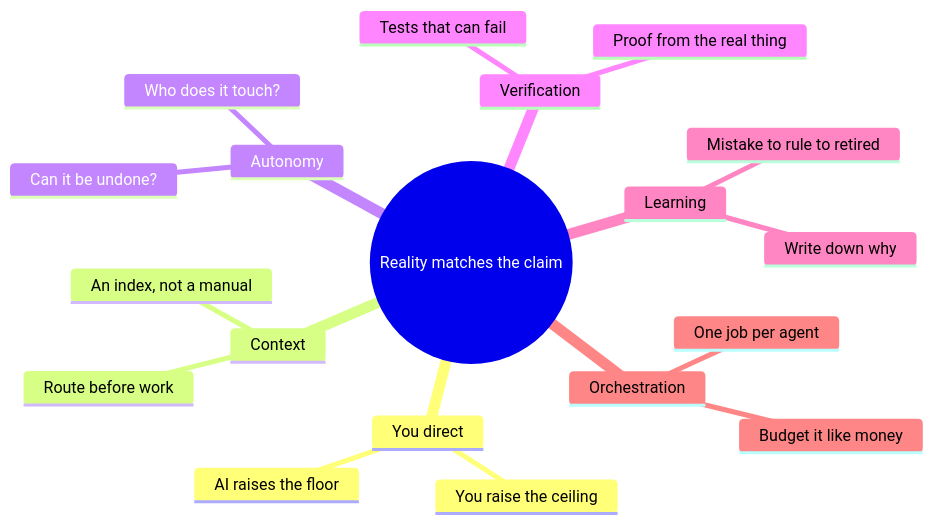
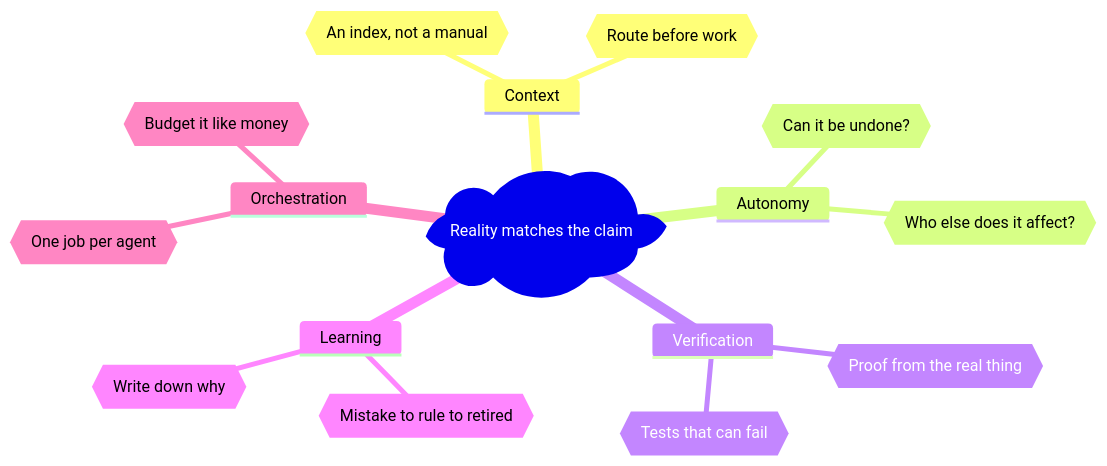
One commit to Laticent/lattice changed the fifth of 5 diagrams in engineering/decisions/2026-09-24-agentic-practice-audit/agentic-engineering-practices.md. Above: the diagram before and after it, drawn with Mermaid. The commit also changed other lines of this file and 2 other files, not shown here.

Commit message:
docs(audit): cloud root and hexagon leaves on the big-picture map
Give the root a cloud and the leaves hexagons, keep five branches so
each gets its own color, and reword "who it touches" as "who else it
affects". Log the two mindmap color gaps found on the way.

Claude-Session: https://claude.ai/code/session_019ye9tgjAP7U7kqLhcDX7pi

````diff
--- a/engineering/decisions/2026-09-24-agentic-practice-audit/agentic-engineering-practices.md
+++ b/engineering/decisions/2026-09-24-agentic-practice-audit/agentic-engineering-practices.md
@@ -875,22 +875,19 @@
 ```mermaid
 mindmap
-  root((Reality matches the claim))
-    You direct
-      AI raises the floor
-      You raise the ceiling
+  root)Reality matches the claim(
     Context
-      An index, not a manual
-      Route before work
+      {{An index, not a manual}}
+      {{Route before work}}
     Autonomy
-      Can it be undone?
-      Who does it touch?
+      {{Can it be undone?}}
+      {{Who else does it affect?}}
     Verification
-      Proof from the real thing
-      Tests that can fail
+      {{Proof from the real thing}}
+      {{Tests that can fail}}
     Learning
-      Mistake to rule to retired
-      Write down why
+      {{Mistake to rule to retired}}
+      {{Write down why}}
     Orchestration
-      One job per agent
-      Budget it like money
+      {{One job per agent}}
+      {{Budget it like money}}
 ```
````
